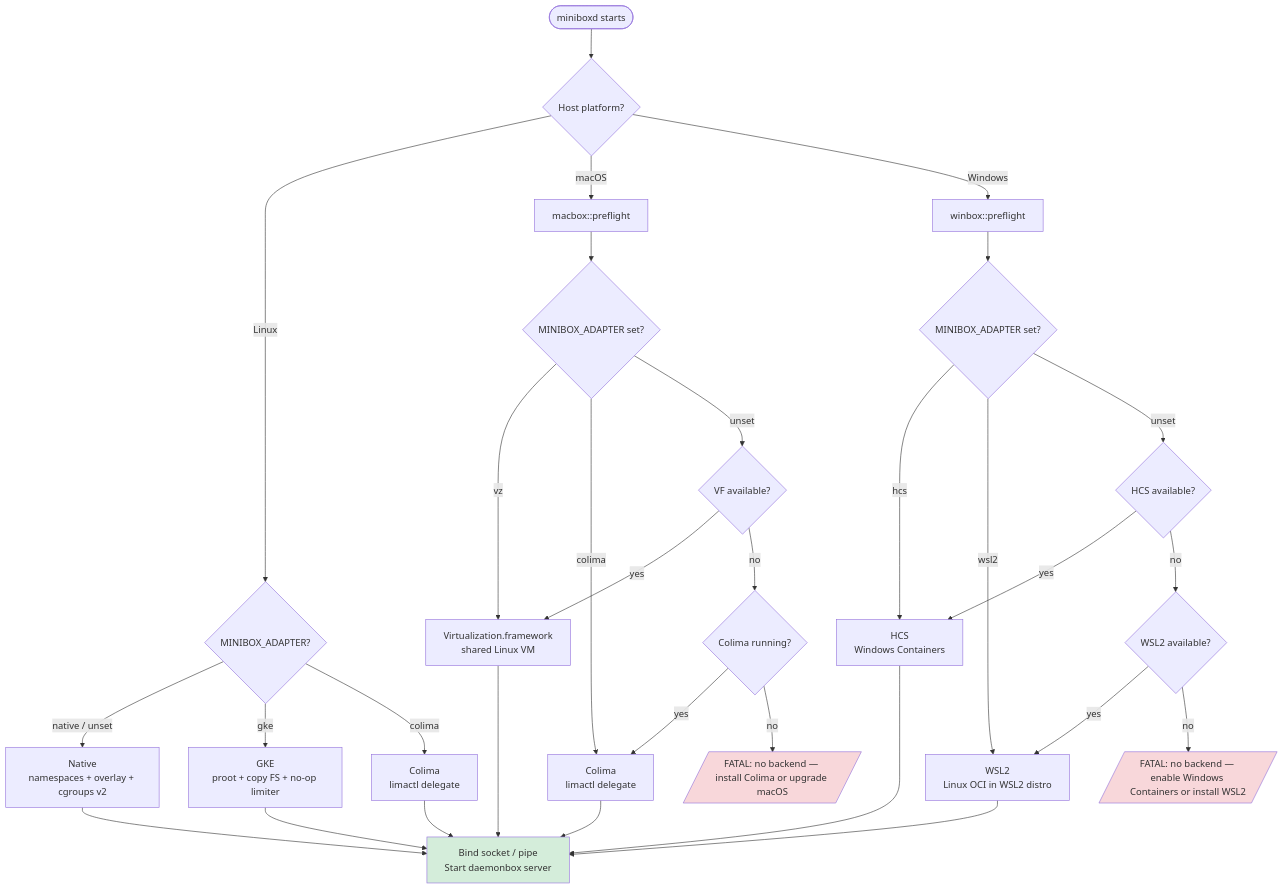
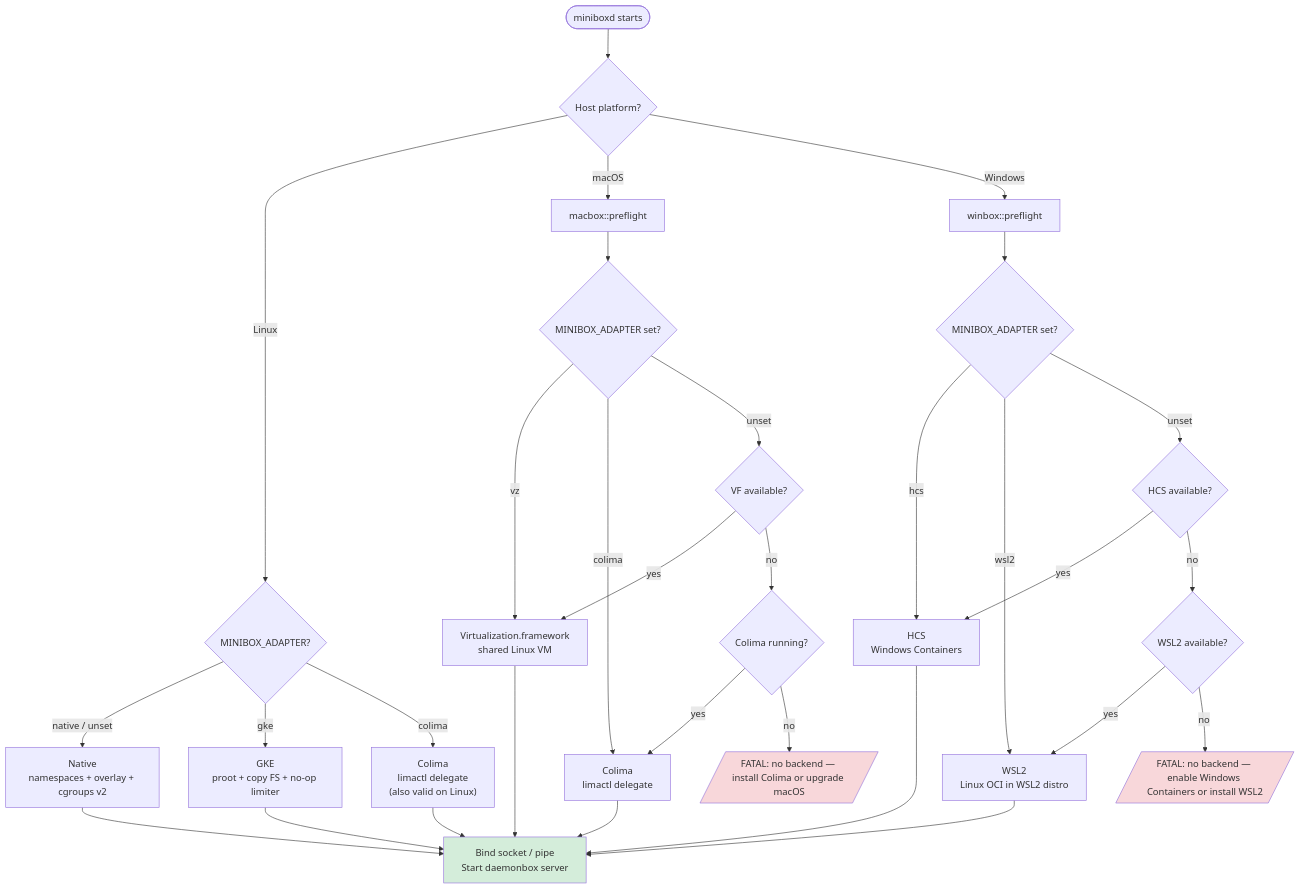
Before and after one commit to 89jobrien/minibox: the diagram in docs/diagrams/platform-adapter-selection.md, drawn with Mermaid. The commit also changed other lines of this file and 29 other files, not shown here.

````diff
--- a/docs/diagrams/platform-adapter-selection.md
+++ b/docs/diagrams/platform-adapter-selection.md
@@ -40,42 +41,42 @@
 ```mermaid
 flowchart TD
     start([miniboxd starts]) --> detect{Host platform?}
 
     detect -->|Linux| linux_env{MINIBOX_ADAPTER?}
     detect -->|macOS| mac_pre[macbox::preflight]
     detect -->|Windows| win_pre[winbox::preflight]
 
     linux_env -->|native / unset| native["Native\nnamespaces + overlay + cgroups v2"]
     linux_env -->|gke| gke["GKE\nproot + copy FS + no-op limiter"]
-    linux_env -->|colima| colima_linux["Colima\nlimactl delegate"]
+    linux_env -->|colima| colima_linux["Colima\nlimactl delegate\n(also valid on Linux)"]
 
     mac_pre --> mac_env{MINIBOX_ADAPTER set?}
     mac_env -->|vz| vf["Virtualization.framework\nshared Linux VM"]
     mac_env -->|colima| colima_mac["Colima\nlimactl delegate"]
     mac_env -->|unset| mac_probe{VF available?}
     mac_probe -->|yes| vf
     mac_probe -->|no| mac_col{Colima running?}
     mac_col -->|yes| colima_mac
     mac_col -->|no| mac_fail[/"FATAL: no backend — install Colima or upgrade macOS"/]
 
     win_pre --> win_env{MINIBOX_ADAPTER set?}
     win_env -->|hcs| hcs["HCS\nWindows Containers"]
     win_env -->|wsl2| wsl2["WSL2\nLinux OCI in WSL2 distro"]
     win_env -->|unset| win_probe{HCS available?}
     win_probe -->|yes| hcs
     win_probe -->|no| win_wsl{WSL2 available?}
     win_wsl -->|yes| wsl2
     win_wsl -->|no| win_fail[/"FATAL: no backend — enable Windows Containers or install WSL2"/]
 
     native --> bind[Bind socket / pipe\nStart daemonbox server]
     gke --> bind
     colima_linux --> bind
     vf --> bind
     colima_mac --> bind
     hcs --> bind
     wsl2 --> bind
 
     style mac_fail fill:#f8d7da
     style win_fail fill:#f8d7da
     style bind fill:#d4edda
 ```
````
